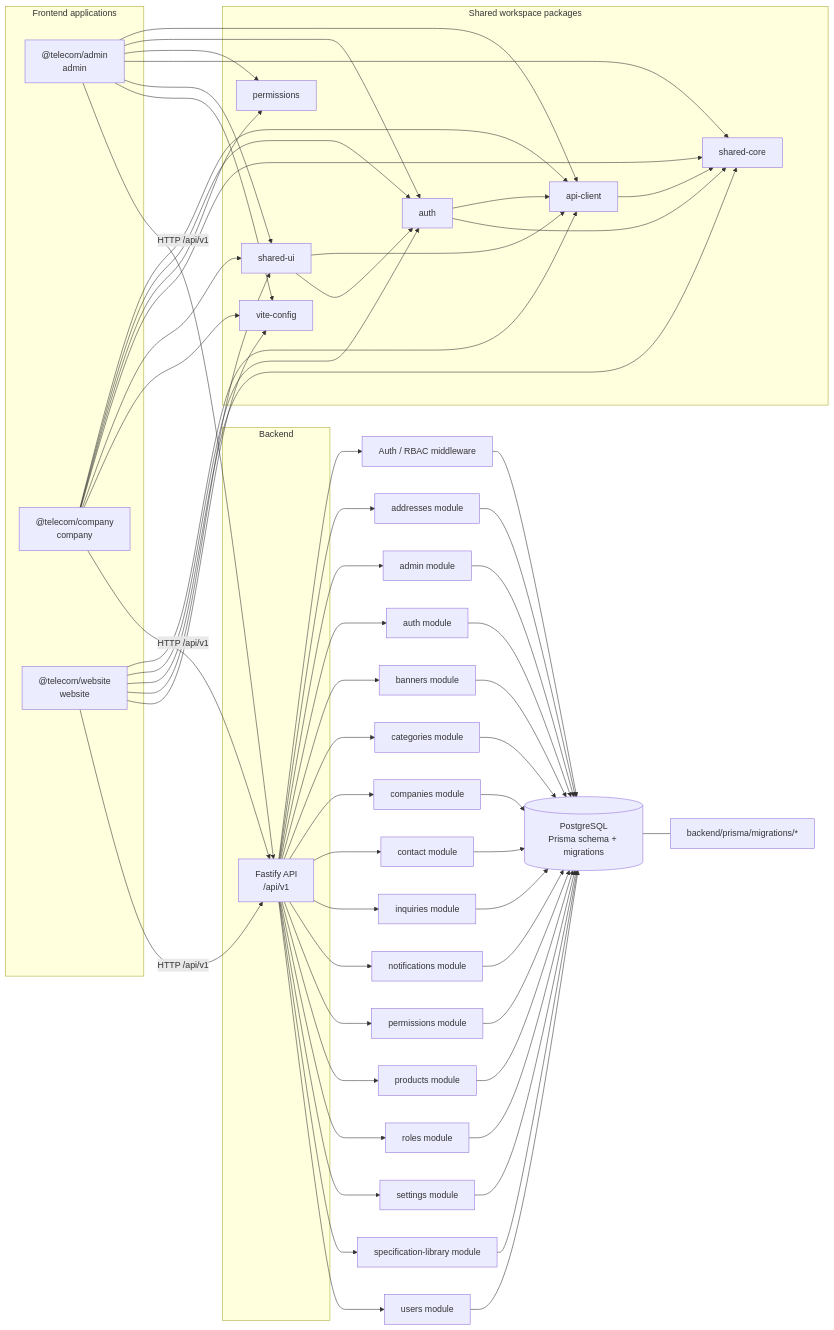
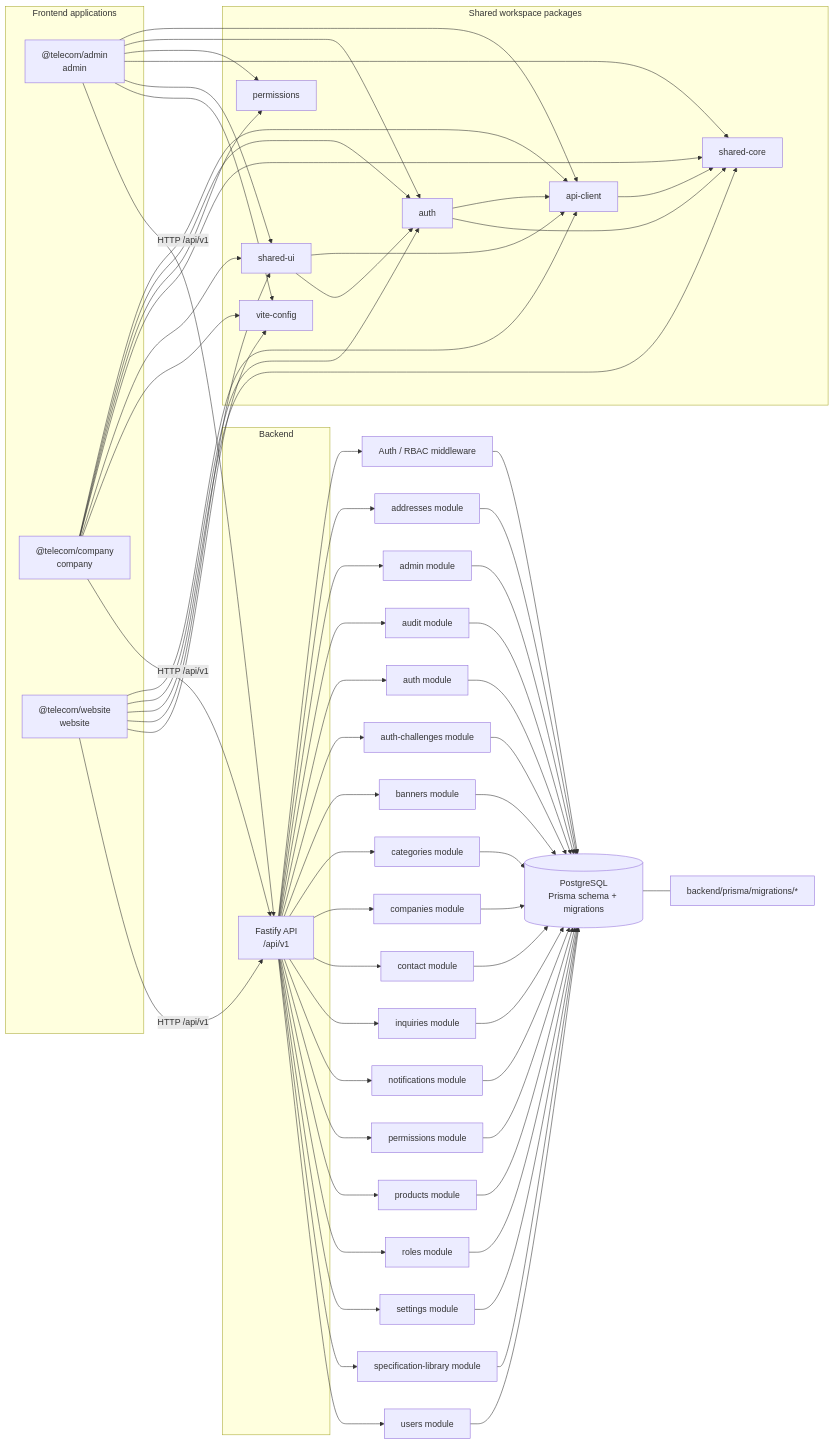
The diagram in docs/architecture/DEPENDENCY_GRAPH.generated.mmd (gameacc2025/martest), drawn with Mermaid before and after one commit.

Commit message:
docs(architecture): refresh generated dependency graph

```diff
--- a/docs/architecture/DEPENDENCY_GRAPH.generated.mmd
+++ b/docs/architecture/DEPENDENCY_GRAPH.generated.mmd
@@ -1,78 +1,82 @@
 %% GENERATED FILE. Do not edit by hand.
 %% Run: node scripts/generate-architecture-graph.mjs --write
 flowchart LR
   subgraph apps["Frontend applications"]
     admin["@telecom/admin<br/>admin"]
     company["@telecom/company<br/>company"]
     website["@telecom/website<br/>website"]
   end
   subgraph shared["Shared workspace packages"]
     api_client["api-client"]
     auth["auth"]
     permissions["permissions"]
     shared_core["shared-core"]
     shared_ui["shared-ui"]
     vite_config["vite-config"]
   end
   subgraph backend["Backend"]
     api["Fastify API<br/>/api/v1"]
   end
   db[("PostgreSQL<br/>Prisma schema + migrations")]
   admin --> api_client
   admin --> auth
   admin --> permissions
   admin --> shared_core
   admin --> shared_ui
   admin --> vite_config
   company --> api_client
   company --> auth
   company --> permissions
   company --> shared_core
   company --> shared_ui
   company --> vite_config
   website --> api_client
   website --> auth
   website --> shared_core
   website --> shared_ui
   website --> vite_config
   api_client --> shared_core
   auth --> api_client
   auth --> shared_core
   shared_ui --> api_client
   shared_ui --> auth
   admin -->|HTTP /api/v1| api
   company -->|HTTP /api/v1| api
   website -->|HTTP /api/v1| api
   api --> rbac["Auth / RBAC middleware"]
   api --> mod_addresses["addresses module"]
   api --> mod_admin["admin module"]
+  api --> mod_audit["audit module"]
   api --> mod_auth["auth module"]
+  api --> mod_auth_challenges["auth-challenges module"]
   api --> mod_banners["banners module"]
   api --> mod_categories["categories module"]
   api --> mod_companies["companies module"]
   api --> mod_contact["contact module"]
   api --> mod_inquiries["inquiries module"]
   api --> mod_notifications["notifications module"]
   api --> mod_permissions["permissions module"]
   api --> mod_products["products module"]
   api --> mod_roles["roles module"]
   api --> mod_settings["settings module"]
   api --> mod_specification_library["specification-library module"]
   api --> mod_users["users module"]
   rbac --> db
   mod_addresses --> db
   mod_admin --> db
+  mod_audit --> db
   mod_auth --> db
+  mod_auth_challenges --> db
   mod_banners --> db
   mod_categories --> db
   mod_companies --> db
   mod_contact --> db
   mod_inquiries --> db
   mod_notifications --> db
   mod_permissions --> db
   mod_products --> db
   mod_roles --> db
   mod_settings --> db
   mod_specification_library --> db
   mod_users --> db
   db --- migrations["backend/prisma/migrations/*"]
```
